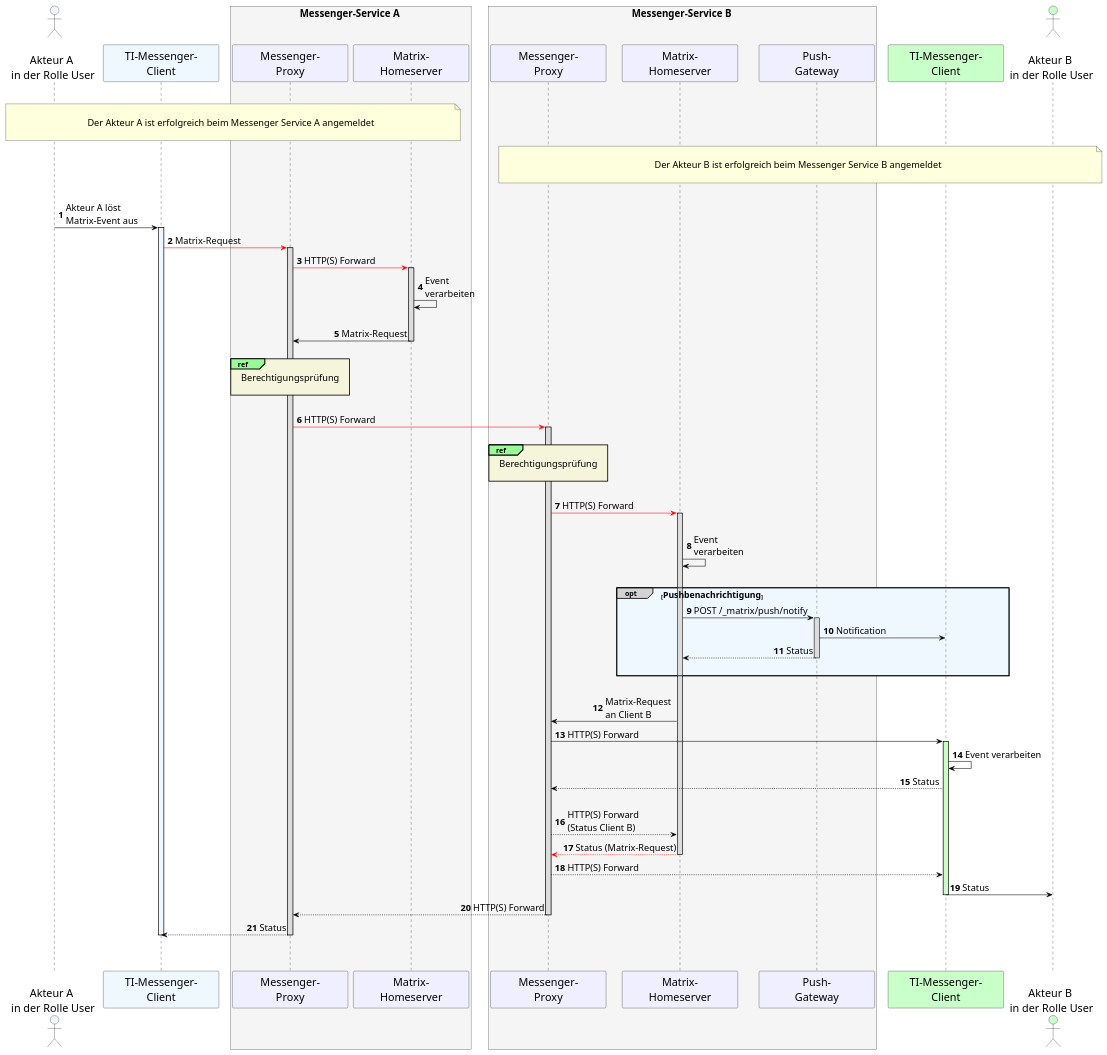
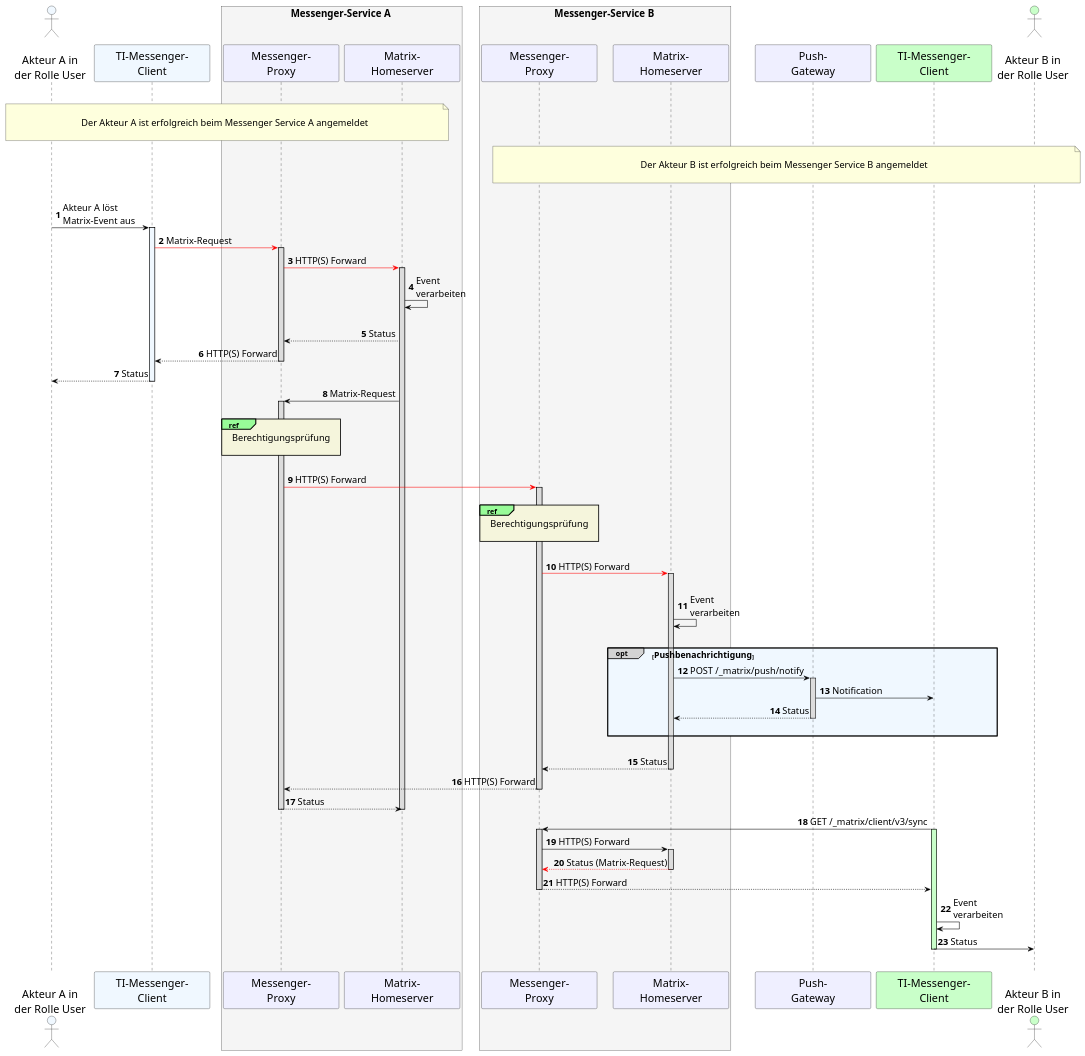
One commit to gematik/api-ti-messenger changed the diagram in src/plantuml/TI-Messenger-Dienst/Ressourcen/UC_10062_Seq.puml. Above: the diagram before and after it, drawn with PlantUML. The commit also changed 2 other files, not shown here.

Commit message:
Update charts for TIM-1264

```diff
--- a/src/plantuml/TI-Messenger-Dienst/Ressourcen/UC_10062_Seq.puml
+++ b/src/plantuml/TI-Messenger-Dienst/Ressourcen/UC_10062_Seq.puml
@@ -7,103 +7,111 @@
 @startuml
 skinparam sequenceMessageAlign direction
 skinparam minClassWidth 200
 skinparam BoxPadding 15
 skinparam sequenceReferenceHeaderBackgroundColor palegreen
 skinparam sequenceReferenceBackgroundColor Beige
 scale max 2048 width
 
 skinparam sequence {
 ArrowColor black
 ArrowFontSize 17
 ActorBorderColor black
 LifeLineBorderColor black
 LifeLineBackgroundColor Gainsboro
 
 ParticipantBorderColor Motivation
 ParticipantBackgroundColor Motivation
 ParticipantFontSize 20
 ParticipantFontColor black
 ParticipantBorderColor Black
 ParticipantBackgroundColor MOTIVATION
 
 ActorBackgroundColor Gainsboro
 ActorFontColor black
 ActorFontSize 20
 }
 
 autonumber
 
-    actor U1 as "\nAkteur A \nin der Rolle User" #AliceBlue
+    actor U1 as "\nAkteur A in\nder Rolle User" #AliceBlue
     participant C1 as "TI-Messenger-\nClient" #AliceBlue
     box <size:18>Messenger-Service A</size> #WhiteSmoke
       participant MP1 as "Messenger-\nProxy"
       participant MH1 as "Matrix-\nHomeserver"
     end box
     box <size:18>Messenger-Service B</size> #WhiteSmoke
     participant MP2 as "Messenger-\nProxy"
     participant MH2 as "Matrix-\nHomeserver"
+    end box
     participant PG2 as "Push-\nGateway"
-    end box
     participant C2 as "TI-Messenger-\nClient" #TECHNOLOGY
-    actor U2 as "\nAkteur B \nin der Rolle User" #TECHNOLOGY
+    actor U2 as "\nAkteur B in\nder Rolle User" #TECHNOLOGY
     
 |||
 note over U1, MH1: \n<size:17>Der Akteur A ist erfolgreich beim Messenger Service A angemeldet</size>\n   
 note over U2, MP2: \n<size:17>Der Akteur B ist erfolgreich beim Messenger Service B angemeldet</size>\n    
 |||
 
   U1->C1: Akteur A löst\nMatrix-Event aus
     activate C1 #AliceBlue
   C1-[#red]>MP1: Matrix-Request
     activate MP1
   MP1-[#red]>MH1: HTTP(S) Forward
     activate MH1
   MH1->MH1: Event \nverarbeiten
   |||
+  MH1-->MP1: Status
+  MP1-->C1: HTTP(S) Forward
+    deactivate MP1
+  C1-->U1: Status
+    deactivate C1
+
   MH1->MP1: Matrix-Request
-    deactivate MH1
+    activate MP1
     |||
     ref over MP1, MP1: <size:17>Berechtigungsprüfung</size>\n    
   |||  
   MP1-[#red]>MP2: HTTP(S) Forward
     activate MP2
   |||
   ref over MP2, MP2: <size:17>Berechtigungsprüfung</size>\n 
   |||
   MP2-[#red]>MH2: HTTP(S) Forward
   |||
 
     activate MH2
-  MH2->MH2: Event \nverarbeiten
+  MH2->MH2: Event\nverarbeiten
   |||
    opt#LightGrey #AliceBlue <size:16>Pushbenachrichtigung</size>
     MH2->PG2: POST /_matrix/push/notify
       activate PG2
     PG2->C2: Notification
     PG2-->MH2: Status
       deactivate PG2
   |||
   end
   |||
 
-  MH2->MP2: Matrix-Request \nan Client B
-  MP2->C2: HTTP(S) Forward 
+  MH2-->MP2: Status
+    deactivate MH2
+  MP2-->MP1: HTTP(S) Forward
+    deactivate MP2
+  MP1-->MH1: Status
+    deactivate MP1
+    deactivate MH1
+
+  C2->MP2: GET /_matrix/client/v3/sync
     activate C2 #TECHNOLOGY
-  C2->C2: Event verarbeiten
-
-  C2-->MP2: Status
-  |||
-  MP2-->MH2: HTTP(S) Forward \n(Status Client B)
+    activate MP2
+  MP2->MH2: HTTP(S) Forward 
+    activate MH2
   MH2--[#red]>MP2: Status (Matrix-Request)
     deactivate MH2
   MP2-->C2: HTTP(S) Forward
+    deactivate MP2
+
+  C2->C2: Event\nverarbeiten
   C2->U2: Status
     deactivate C2
-  MP2-->MP1: HTTP(S) Forward
-    deactivate MP2
-  MP1-->C1: Status
-    deactivate MP1
-    deactivate C1
   |||
-|||
 @enduml
```
